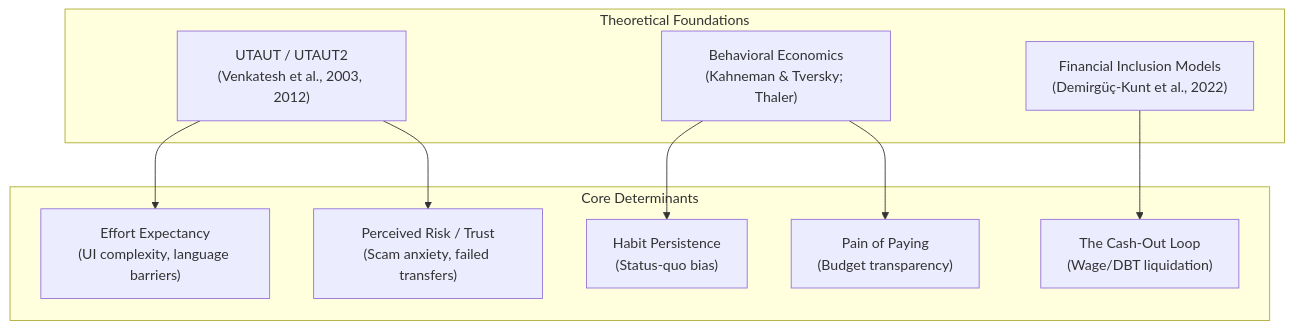
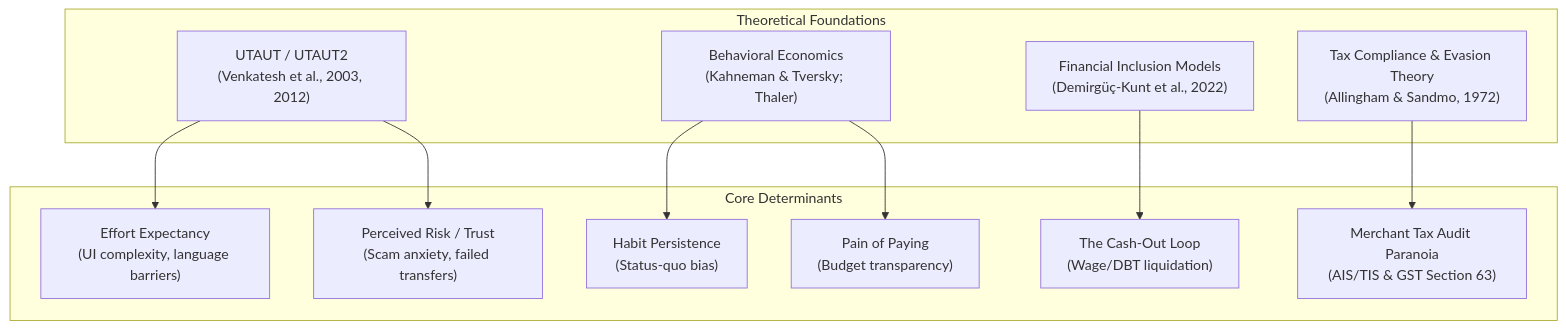
Before and after one commit to aryawadhwa/pomeel: the diagram in LITERATURE_REVIEW.md, drawn with Mermaid. The commit also changed other lines of this file and 4 other files, not shown here.

Commit message:
feat: integrate Global Findex 2025 support and merchant tax-compliance dynamics (AIS/TIS & GST)

````diff
--- a/LITERATURE_REVIEW.md
+++ b/LITERATURE_REVIEW.md
@@ -35,22 +32,25 @@
 ```mermaid
 flowchart TD
     subgraph Theoretical Foundations
         UTAUT["UTAUT / UTAUT2<br/>(Venkatesh et al., 2003, 2012)"]
         BehavEcon["Behavioral Economics<br/>(Kahneman & Tversky; Thaler)"]
         Inclusion["Financial Inclusion Models<br/>(Demirgüç-Kunt et al., 2022)"]
+        TaxCompliance["Tax Compliance & Evasion Theory<br/>(Allingham & Sandmo, 1972)"]
     end
 
     subgraph Core Determinants
         EE["Effort Expectancy<br/>(UI complexity, language barriers)"]
         PR["Perceived Risk / Trust<br/>(Scam anxiety, failed transfers)"]
         Habit["Habit Persistence<br/>(Status-quo bias)"]
         Pain["Pain of Paying<br/>(Budget transparency)"]
         Loop["The Cash-Out Loop<br/>(Wage/DBT liquidation)"]
+        TaxTrail["Merchant Tax Audit Paranoia<br/>(AIS/TIS & GST Section 63)"]
     end
 
     UTAUT --> EE
     UTAUT --> PR
     BehavEcon --> Habit
     BehavEcon --> Pain
     Inclusion --> Loop
+    TaxCompliance --> TaxTrail
 ```
````
